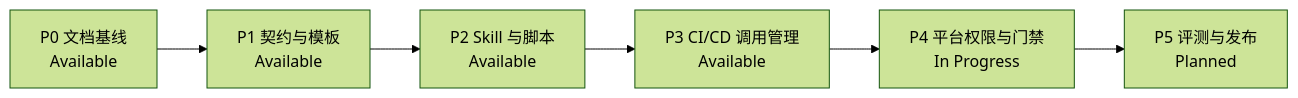
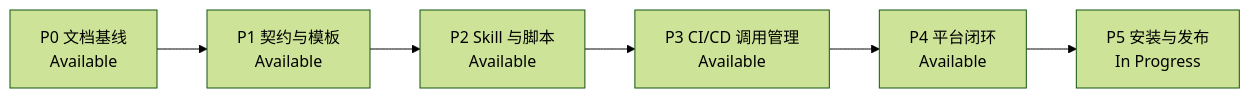
The diagram in plan.md (bigsmartben/harness-scaffold), drawn with Mermaid (forest theme) before and after one commit. The commit also changed other lines of this file and 79 other files, not shown here.

````diff
--- a/plan.md
+++ b/plan.md
@@ -37,8 +37,8 @@
 ```mermaid
 flowchart LR
     P0["P0 文档基线<br/>Available"] --> P1["P1 契约与模板<br/>Available"]
     P1 --> P2["P2 Skill 与脚本<br/>Available"]
     P2 --> P3["P3 CI/CD 调用管理<br/>Available"]
-    P3 --> P4["P4 平台权限与门禁<br/>In Progress"]
-    P4 --> P5["P5 评测与发布<br/>Planned"]
+    P3 --> P4["P4 平台闭环<br/>Available"]
+    P4 --> P5["P5 安装与发布<br/>In Progress"]
 ```
````
